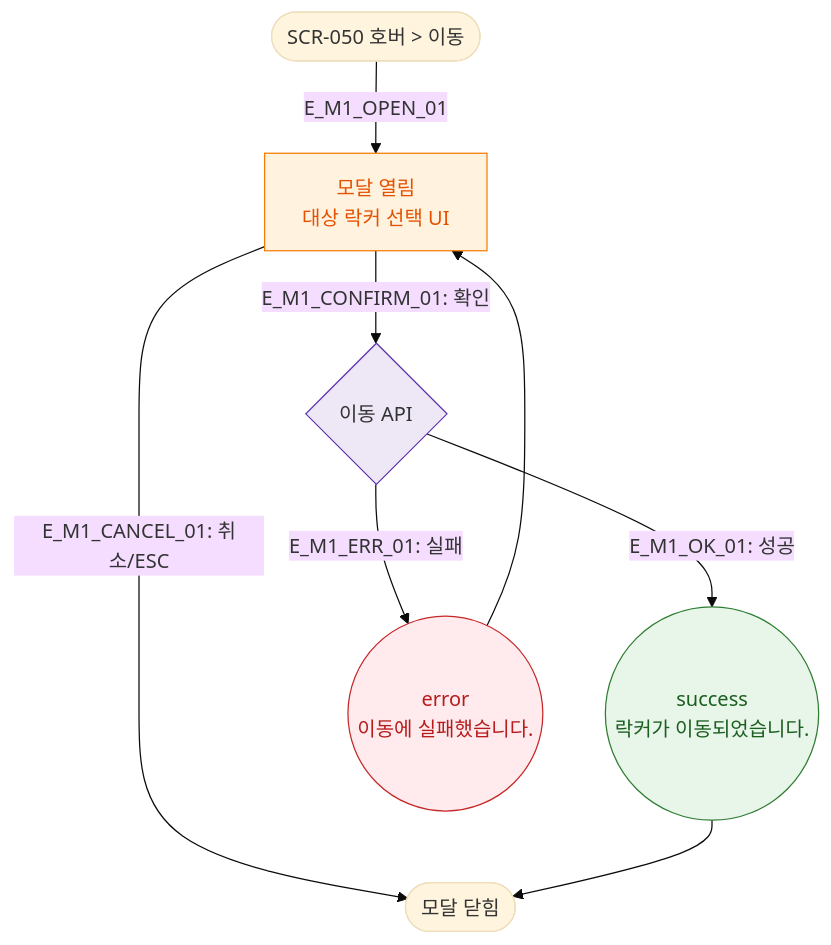
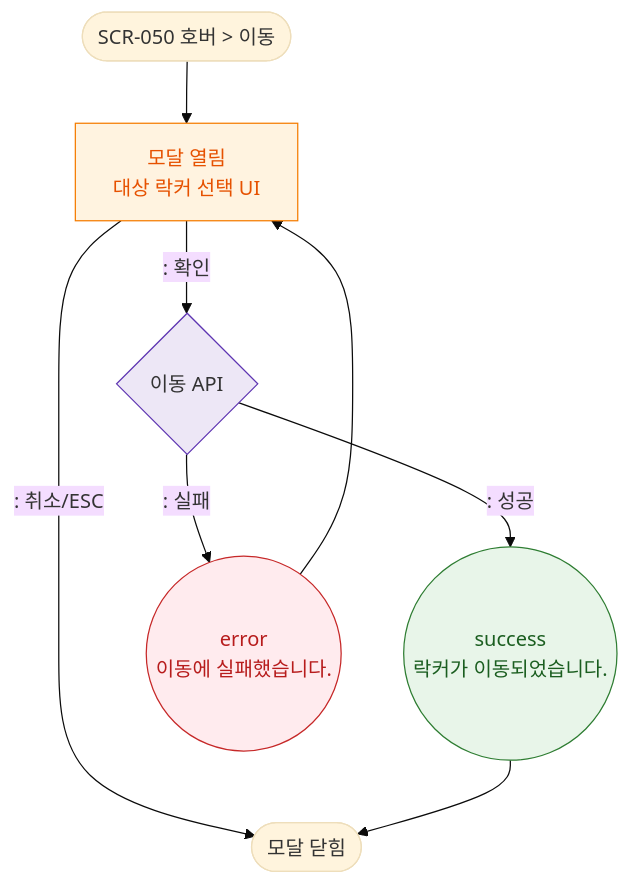
Before and after one commit to dev-spogym/admin-pando: the diagram in docs/다이어그램/D06_시설관리/DLG/DLG-050-002_락커이동/M1_생명주기.md, drawn with Mermaid (base theme). The commit also changed other lines of this file and 1660 other files, not shown here.

First line of the commit message:
다이어그램: 기획자/클라이언트 납품본으로 정리

````diff
--- a/docs/다이어그램/D06_시설관리/DLG/DLG-050-002_락커이동/M1_생명주기.md
+++ b/docs/다이어그램/D06_시설관리/DLG/DLG-050-002_락커이동/M1_생명주기.md
@@ -16,19 +14,19 @@
 ```mermaid
 flowchart TD
-    TRIGGER([SCR-050 호버 > 이동]) -->|E_M1_OPEN_01| OPEN[모달 열림\n대상 락커 선택 UI]
-    OPEN -->|"E_M1_CONFIRM_01: 확인"| MoveAPI{이동 API}
-    MoveAPI -->|"E_M1_OK_01: 성공"| SUCCESS((success\n락커가 이동되었습니다.))
-    MoveAPI -->|"E_M1_ERR_01: 실패"| FAIL((error\n이동에 실패했습니다.))
-    OPEN -->|"E_M1_CANCEL_01: 취소/ESC"| CLOSED([모달 닫힘])
+    TRIGGER([SCR-050 호버 > 이동]) --> OPEN[모달 열림\n대상 락커 선택 UI]
+    OPEN -->|": 확인"|MoveAPI{이동 API}
+    MoveAPI -->|": 성공"|SUCCESS((success\n락커가 이동되었습니다.))
+    MoveAPI -->|": 실패"|FAIL((error\n이동에 실패했습니다.))
+    OPEN -->|": 취소/ESC"|CLOSED([모달 닫힘])
     SUCCESS --> CLOSED
     FAIL --> OPEN
 
     classDef modal fill:#FFF3E0,stroke:#F57C00,color:#E65100
     classDef success fill:#E8F5E9,stroke:#2E7D32,color:#1B5E20
     classDef error fill:#FFEBEE,stroke:#C62828,color:#B71C1C
     classDef system fill:#EDE7F6,stroke:#5E35B2
     class OPEN modal
     class SUCCESS success
     class FAIL error
     class MoveAPI system
 ```
````
